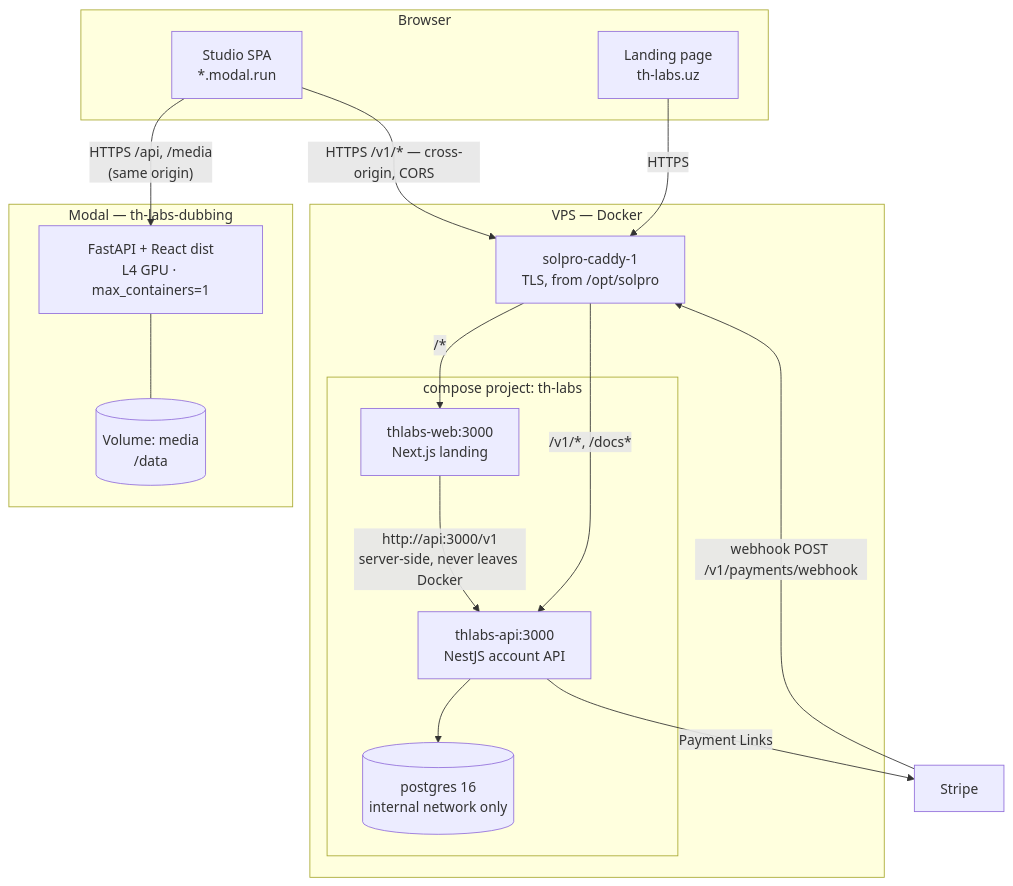
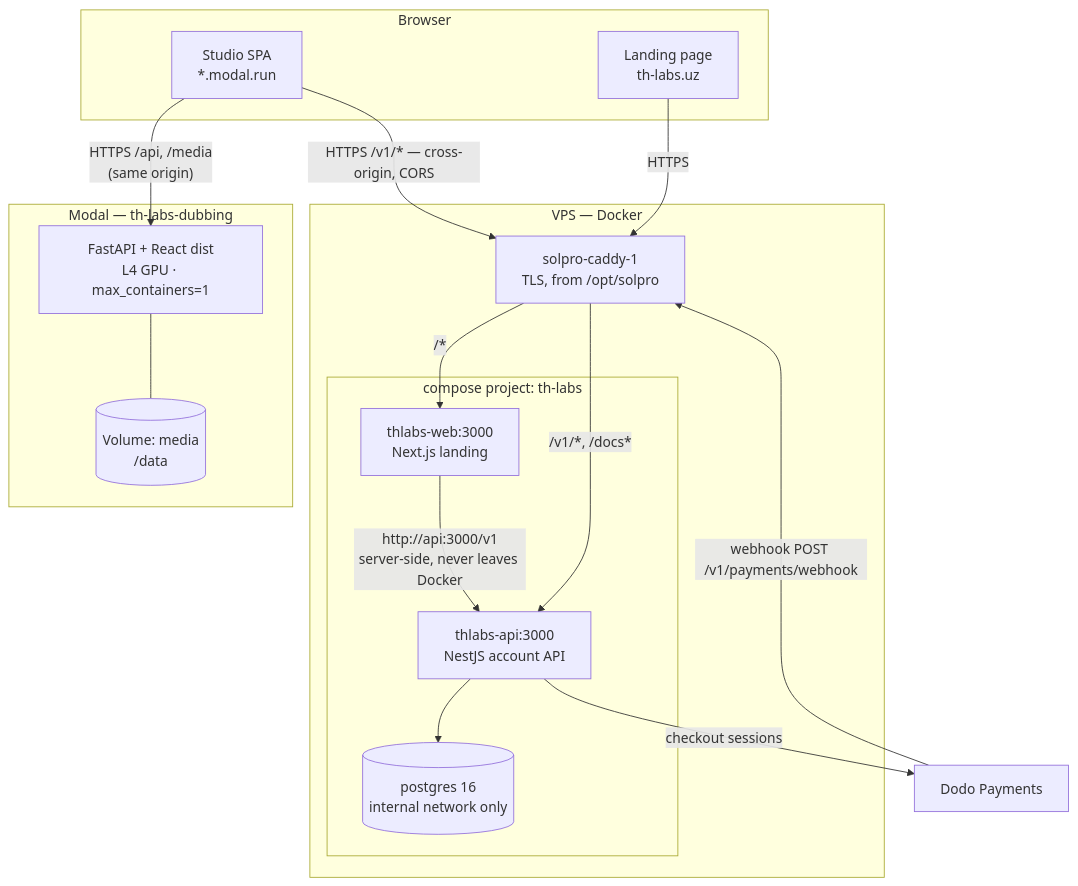
One commit to asilbekali/TH-Labs-full changed the first of 7 diagrams in docs/ARCHITECTURE.md. Above: the diagram before and after it, drawn with Mermaid. The commit also changed other lines of this file and 13 other files, not shown here.

````diff
--- a/docs/ARCHITECTURE.md
+++ b/docs/ARCHITECTURE.md
@@ -21,36 +22,36 @@
 ```mermaid
 flowchart TB
     subgraph browser["Browser"]
         L["Landing page<br/>th-labs.uz"]
         S["Studio SPA<br/>*.modal.run"]
     end
 
     subgraph vps["VPS — Docker"]
         CADDY["solpro-caddy-1<br/>TLS, from /opt/solpro"]
         subgraph thlabs["compose project: th-labs"]
             WEB["thlabs-web:3000<br/>Next.js landing"]
             API["thlabs-api:3000<br/>NestJS account API"]
             DB[("postgres 16<br/>internal network only")]
         end
     end
 
     subgraph modal["Modal — th-labs-dubbing"]
         FAST["FastAPI + React dist<br/>L4 GPU · max_containers=1"]
         VOL[("Volume: media<br/>/data")]
     end
 
-    STRIPE["Stripe"]
+    DODO["Dodo Payments"]
 
     L -->|"HTTPS"| CADDY
     S -->|"HTTPS /api, /media<br/>(same origin)"| FAST
     S -->|"HTTPS /v1/* — cross-origin, CORS"| CADDY
 
     CADDY -->|"/v1/*, /docs*"| API
     CADDY -->|"/*"| WEB
     WEB -->|"http://api:3000/v1<br/>server-side, never leaves Docker"| API
     API --> DB
     FAST --- VOL
 
-    STRIPE -->|"webhook POST /v1/payments/webhook"| CADDY
-    API -->|"Payment Links"| STRIPE
+    DODO -->|"webhook POST /v1/payments/webhook"| CADDY
+    API -->|"checkout sessions"| DODO
 ```
````
